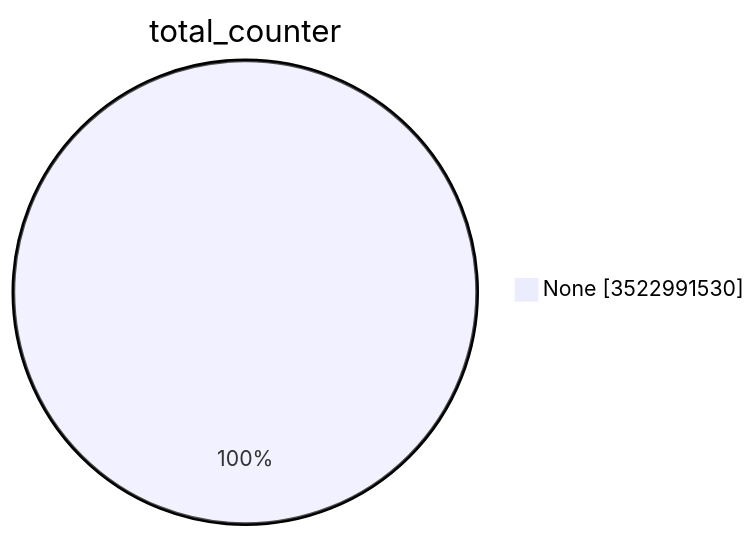
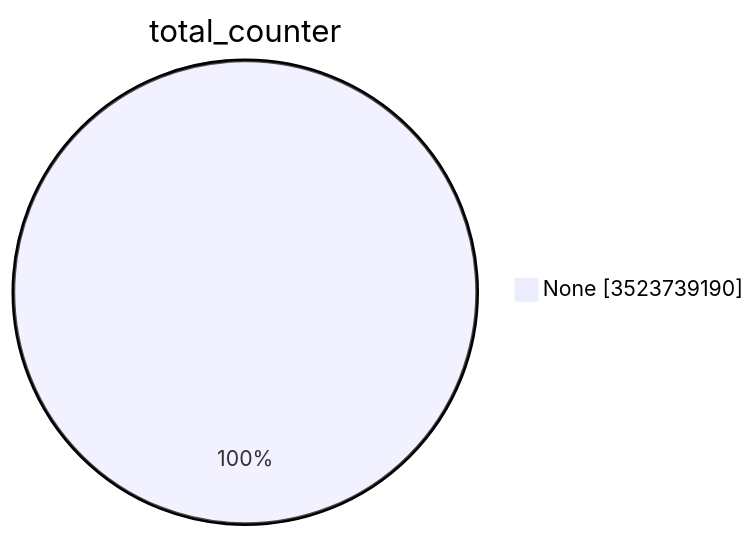
One commit to christiankrug/ctmonitor_visualization changed the first of 15 diagrams in TOTAL/README.md. Above: the diagram before and after it, drawn with Mermaid. The commit also changed other lines of this file, not shown here.

````diff
--- a/TOTAL/README.md
+++ b/TOTAL/README.md
@@ -1,5 +1,5 @@
 ```mermaid
 pie showData
 title total_counter
-"None" :3522991530
+"None" :3523739190
 ```
````
